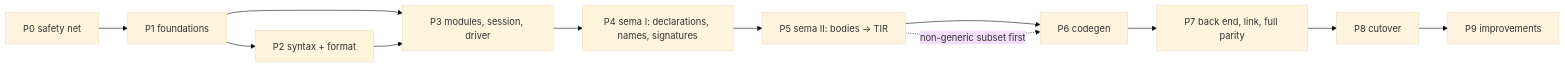
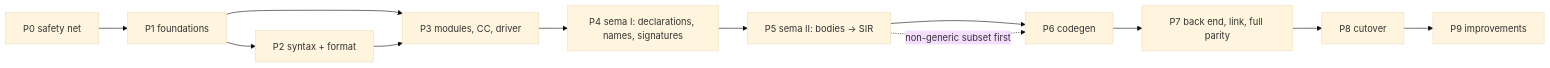
One commit to spicelang/spice changed the second of 2 diagrams in media/specs/compiler-reimplementation.md. Above: the diagram before and after it, drawn with Mermaid (base theme). The commit also changed other lines of this file, not shown here.

First line of the commit message:
Revise the re-implementation plan: src-next, SIR, CompileContext, issues

````diff
--- a/media/specs/compiler-reimplementation.md
+++ b/media/specs/compiler-reimplementation.md
@@ -1143,14 +1199,14 @@
 ```mermaid
 graph LR;
     P0["P0 safety net"] --> P1["P1 foundations"];
     P1 --> P2["P2 syntax + format"];
-    P1 --> P3["P3 modules, session, driver"];
+    P1 --> P3["P3 modules, CC, driver"];
     P2 --> P3;
     P3 --> P4["P4 sema I: declarations, names, signatures"];
-    P4 --> P5["P5 sema II: bodies → TIR"];
+    P4 --> P5["P5 sema II: bodies → SIR"];
     P5 --> P6["P6 codegen"];
     P5 -.->|non-generic subset first| P6;
     P6 --> P7["P7 back end, link, full parity"];
     P7 --> P8["P8 cutover"];
     P8 --> P9["P9 improvements"];
 ```
````
